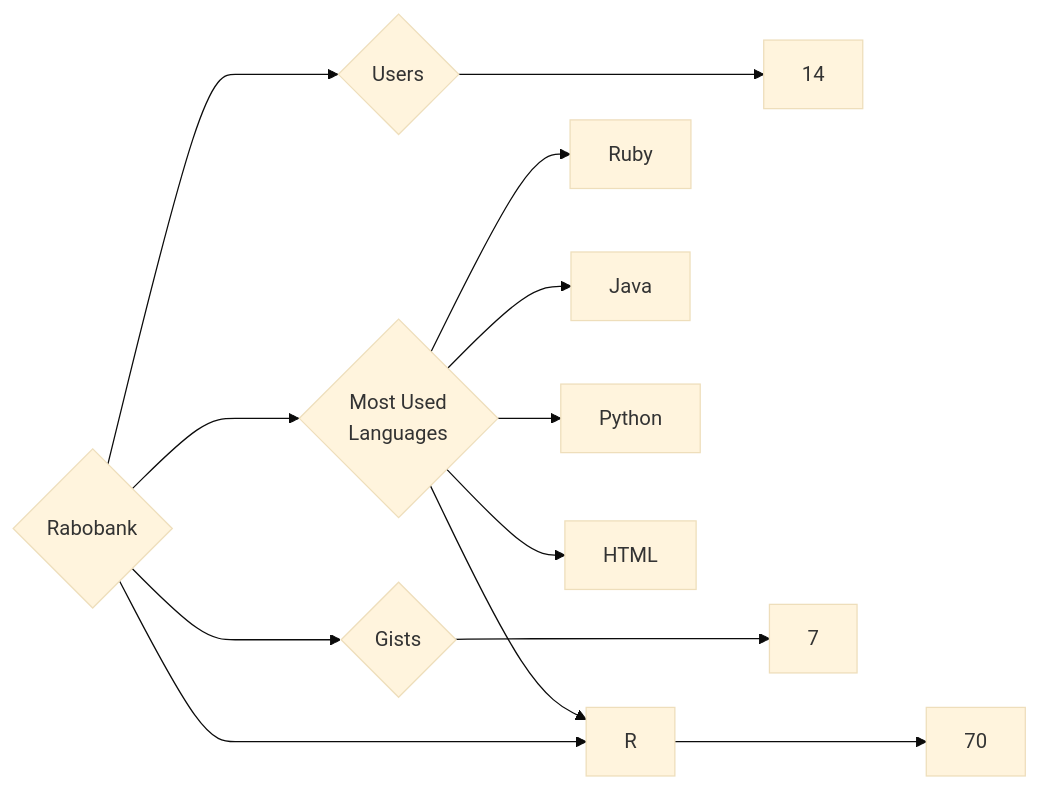
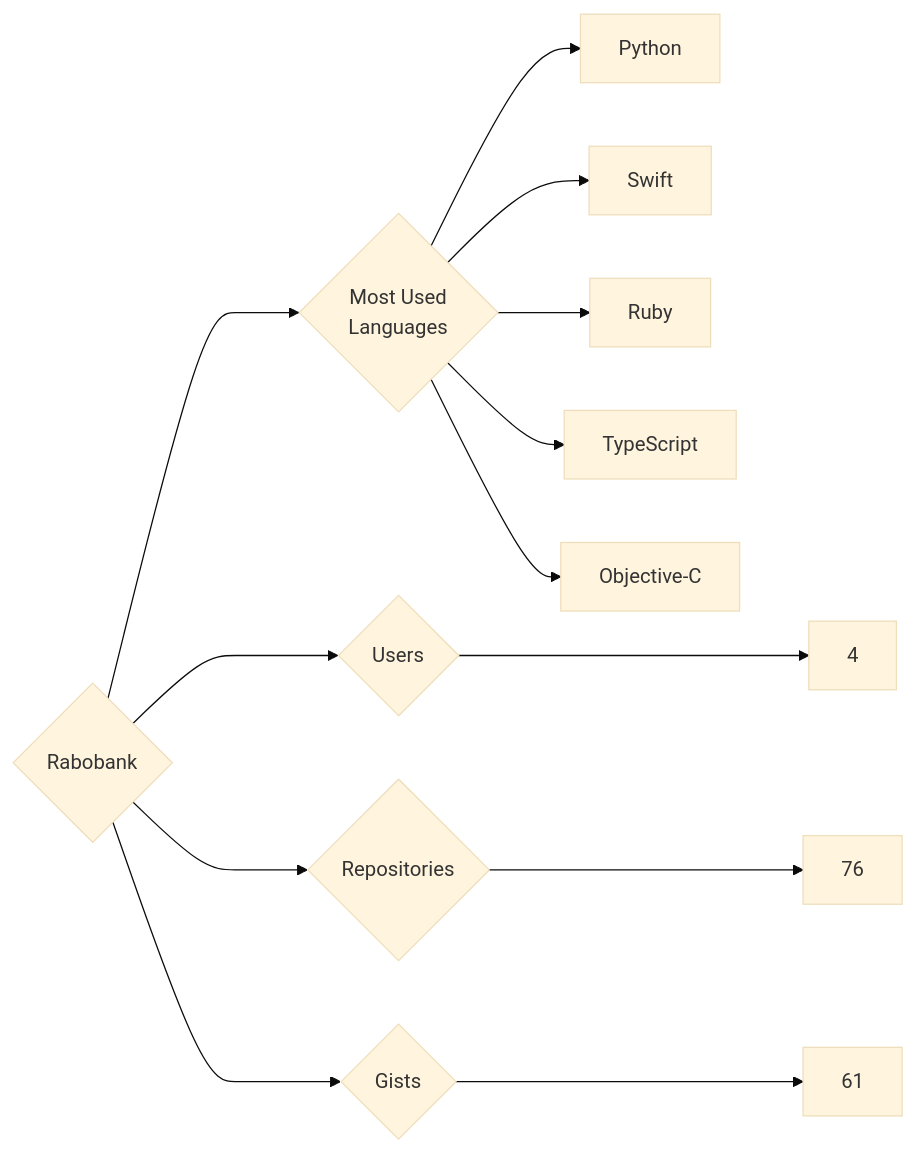
One commit to trickest/insiders changed the diagram in targets/Rabobank/README.md. Above: the diagram before and after it, drawn with Mermaid (base theme). The commit also changed 839 other files, not shown here.

````diff
--- a/targets/Rabobank/README.md
+++ b/targets/Rabobank/README.md
@@ -3,13 +3,13 @@
 ```mermaid
 graph LR
 COMPANY_NAME{Rabobank}
-COMPANY_NAME ---> U{Users} ---> UN[14]
-COMPANY_NAME ---> R{Repositories} ---> RN[70]
-COMPANY_NAME ---> G{Gists} ---> GN[7]
+COMPANY_NAME ---> U{Users} ---> UN[4]
+COMPANY_NAME ---> R{Repositories} ---> RN[76]
+COMPANY_NAME ---> G{Gists} ---> GN[61]
 COMPANY_NAME ---> ML{Most Used<br>Languages}
+ML --> Python[Python]
+ML --> Swift[Swift]
 ML --> Ruby[Ruby]
-ML --> Java[Java]
-ML --> R[R]
-ML --> Python[Python]
-ML --> HTML[HTML]
+ML --> TypeScript[TypeScript]
+ML --> Objective-C[Objective-C]
 ```
````
